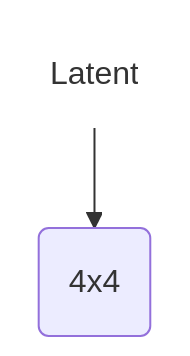
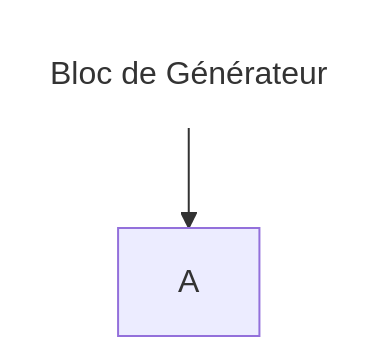
One commit to Dedhal/IA_GAN_NLP changed the third of 4 diagrams in README.md. Above: the diagram before and after it, drawn with Mermaid. The commit also changed other lines of this file, not shown here.

````diff
--- a/README.md
+++ b/README.md
@@ -66,6 +66,6 @@
 ```mermaid
    graph TD;
-   START("Latent")-->A("4x4")
+   START("Bloc de Générateur") --> A
 
    style START fill:#FFFFFF00, stroke:#FFFFFF00;
 ```
````
